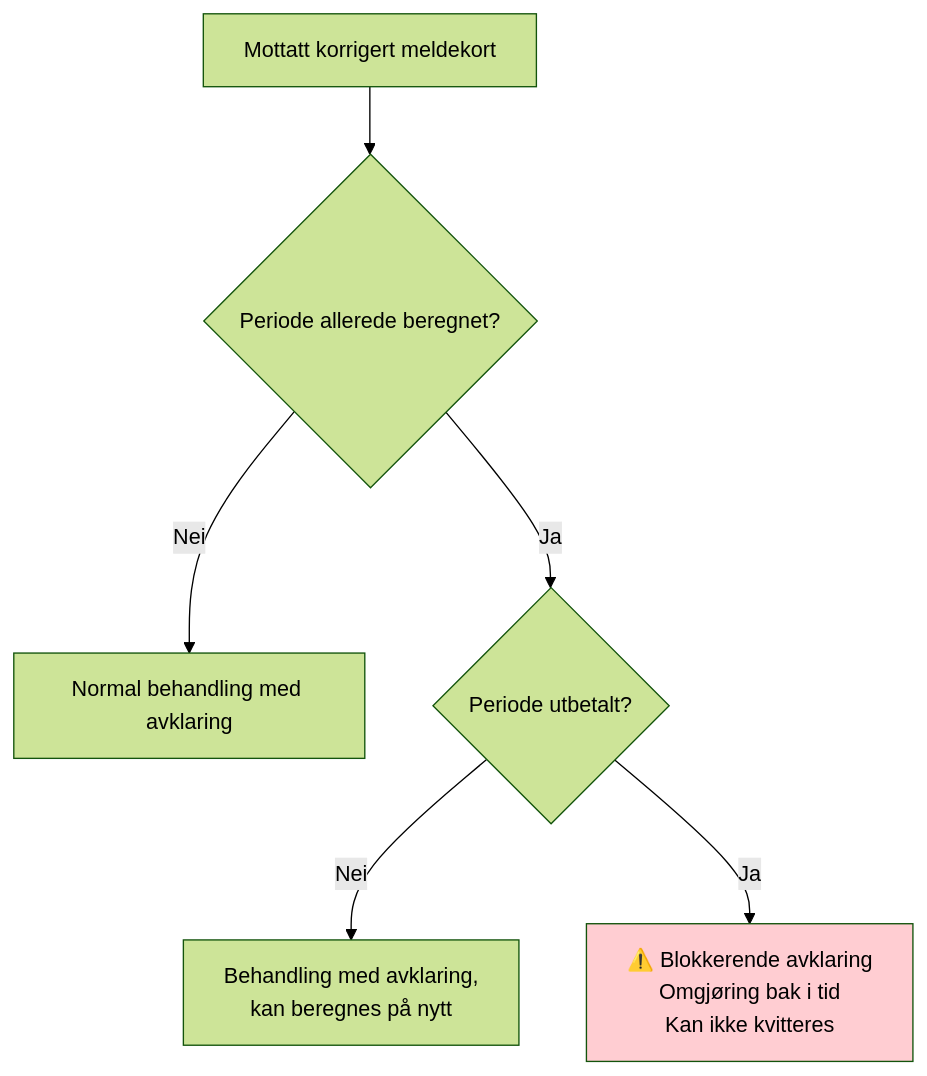
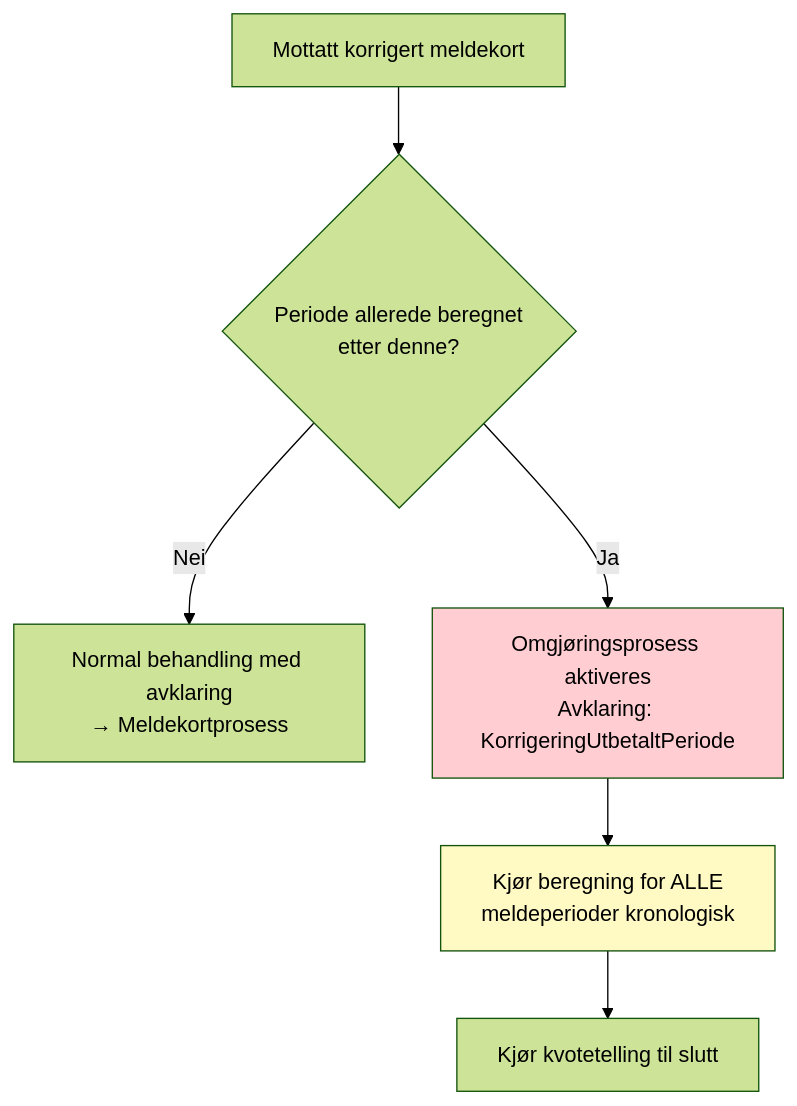
One commit to navikt/dp-behandling changed the ninth of 9 diagrams in docs/beregning-meldekort-flyt.md. Above: the diagram before and after it, drawn with Mermaid (forest theme). The commit also changed other lines of this file, not shown here.

Commit message:
Endret dokumentasjon på meldekortberegning etter å ha gått bort fra navnet "bøtter" til "satsgrupper"

````diff
--- a/docs/beregning-meldekort-flyt.md
+++ b/docs/beregning-meldekort-flyt.md
@@ -469,10 +513,11 @@
 ```mermaid
 flowchart TD
-    K[Mottatt korrigert meldekort] --> K1{Periode allerede beregnet?}
-    K1 -->|Nei| K2[Normal behandling med avklaring]
-    K1 -->|Ja| K3{Periode utbetalt?}
-    K3 -->|Nei| K4[Behandling med avklaring,<br/>kan beregnes på nytt]
-    K3 -->|Ja| K5[⚠️ Blokkerende avklaring<br/>Omgjøring bak i tid<br/>Kan ikke kvitteres]
+    K[Mottatt korrigert meldekort] --> K1{Periode allerede beregnet<br/>etter denne?}
+    K1 -->|Nei| K2[Normal behandling med avklaring<br/>→ Meldekortprosess]
+    K1 -->|Ja| K3[Omgjøringsprosess aktiveres<br/>Avklaring: KorrigeringUtbetaltPeriode]
+    K3 --> K4[Kjør beregning for ALLE<br/>meldeperioder kronologisk]
+    K4 --> K5[Kjør kvotetelling til slutt]
     
-    style K5 fill:#ffcdd2
+    style K3 fill:#ffcdd2
+    style K4 fill:#fff9c4
 ```
````
